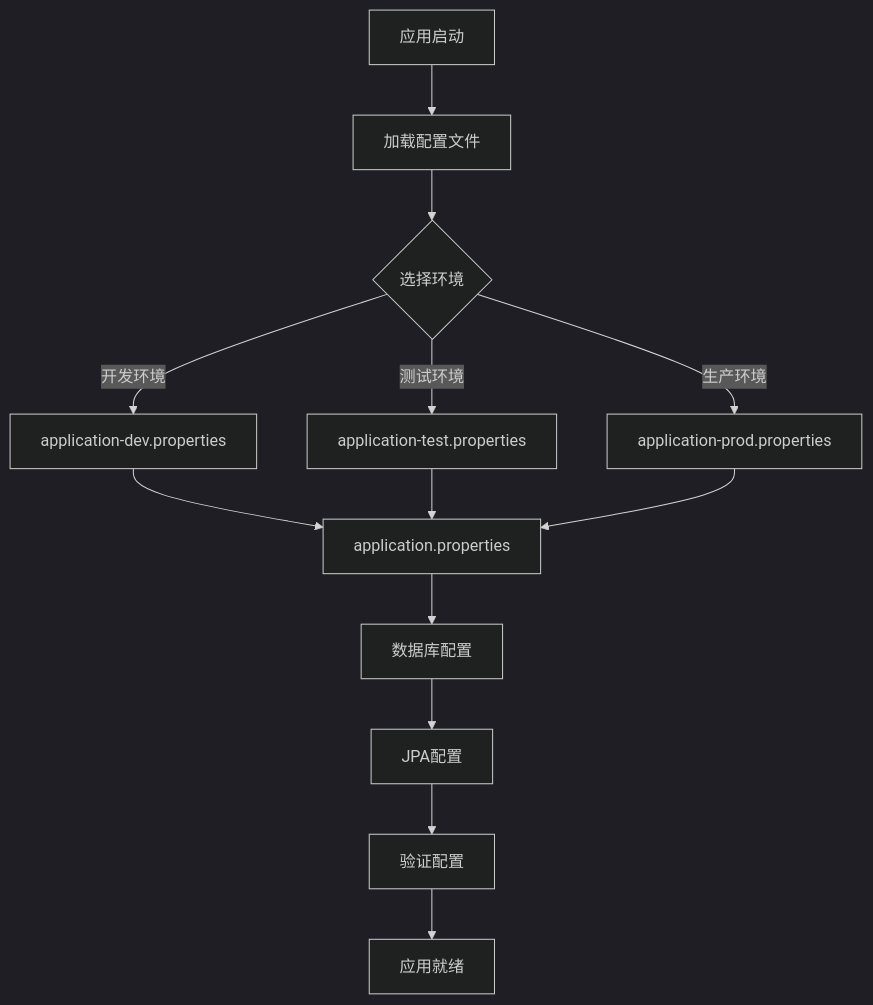
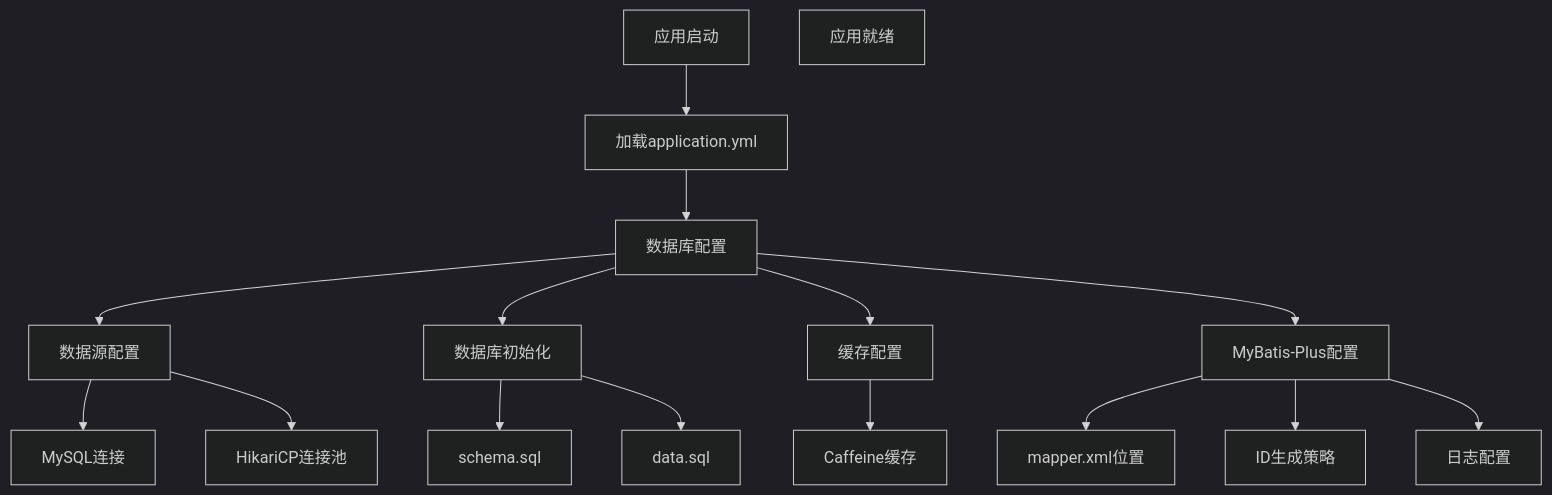
Before and after one commit to gree-coder/fund-butler: the second of 9 diagrams in .qoder/repowiki/zh/content/核心功能开发/数据库集成.md, drawn with Mermaid (dark theme). The commit also changed other lines of this file and 10 other files, not shown here.

````diff
--- a/.qoder/repowiki/zh/content/核心功能开发/数据库集成.md
+++ b/.qoder/repowiki/zh/content/核心功能开发/数据库集成.md
@@ -84,15 +99,18 @@
 ```mermaid
 flowchart TD
-START[应用启动] --> LOAD[加载配置文件]
-LOAD --> ENV{选择环境}
-ENV --> |开发环境| DEV[application-dev.properties]
-ENV --> |测试环境| TEST[application-test.properties]
-ENV --> |生产环境| PROD[application-prod.properties]
-DEV --> DEFAULT[application.properties]
-TEST --> DEFAULT
-PROD --> DEFAULT
-DEFAULT --> DB[数据库配置]
-DB --> JPA[JPA配置]
-JPA --> VALIDATION[验证配置]
-VALIDATION --> READY[应用就绪]
+START[应用启动] --> LOAD[加载application.yml]
+LOAD --> DB[数据库配置]
+DB --> DATASOURCE[数据源配置]
+DB --> INIT[数据库初始化]
+INIT --> SCHEMA[schema.sql]
+INIT --> DATA[data.sql]
+DB --> CACHE[缓存配置]
+DB --> MYBATIS[MyBatis-Plus配置]
+MYBATIS --> MAPPER[mapper.xml位置]
+MYBATIS --> ID[ID生成策略]
+MYBATIS --> LOG[日志配置]
+CACHE --> CAFFEINE[Caffeine缓存]
+DATASOURCE --> MYSQL[MySQL连接]
+DATASOURCE --> POOL[HikariCP连接池]
+READY[应用就绪]
 ```
````
